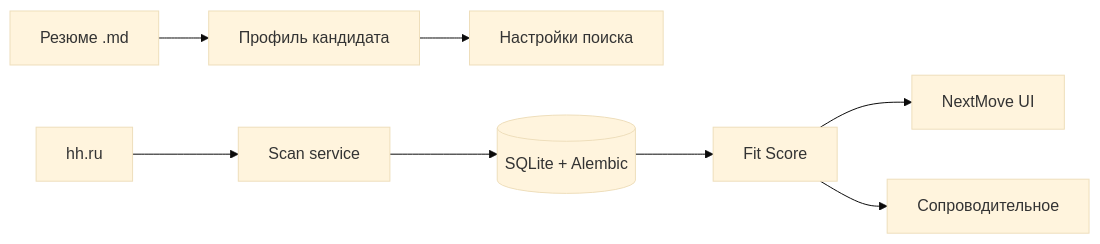
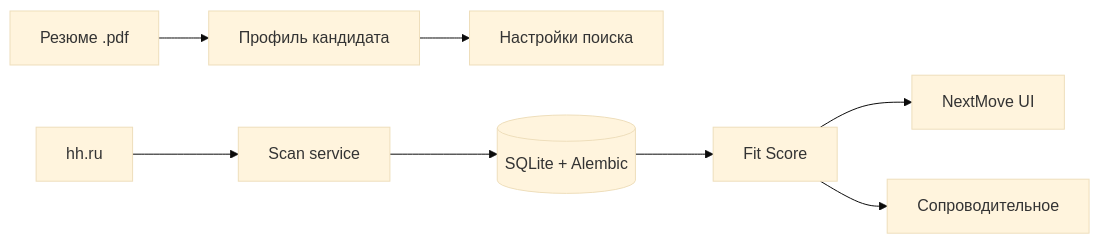
The diagram in README_ru.md (addito-5G/job-scout), drawn with Mermaid (base theme) before and after one commit. The commit also changed other lines of this file and 25 other files, not shown here.

````diff
--- a/README_ru.md
+++ b/README_ru.md
@@ -69,10 +69,10 @@
 ```mermaid
 flowchart LR
-    R[Резюме .md] --> P[Профиль кандидата]
+    R[Резюме .pdf] --> P[Профиль кандидата]
     P --> S[Настройки поиска]
     HH[hh.ru] --> SC[Scan service]
     SC --> DB[(SQLite + Alembic)]
     DB --> F[Fit Score]
     F --> UI[NextMove UI]
     F --> CL[Сопроводительное]
 ```
````
